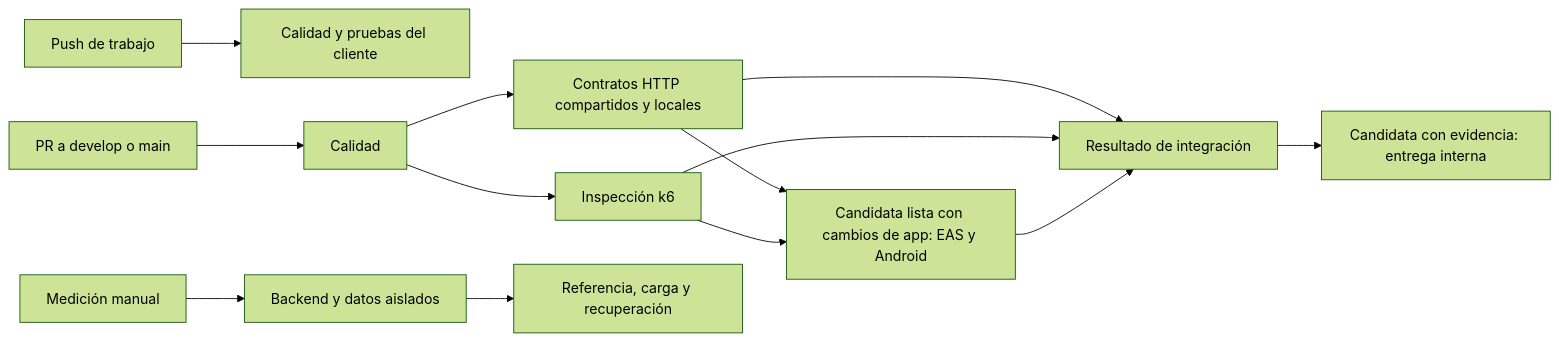
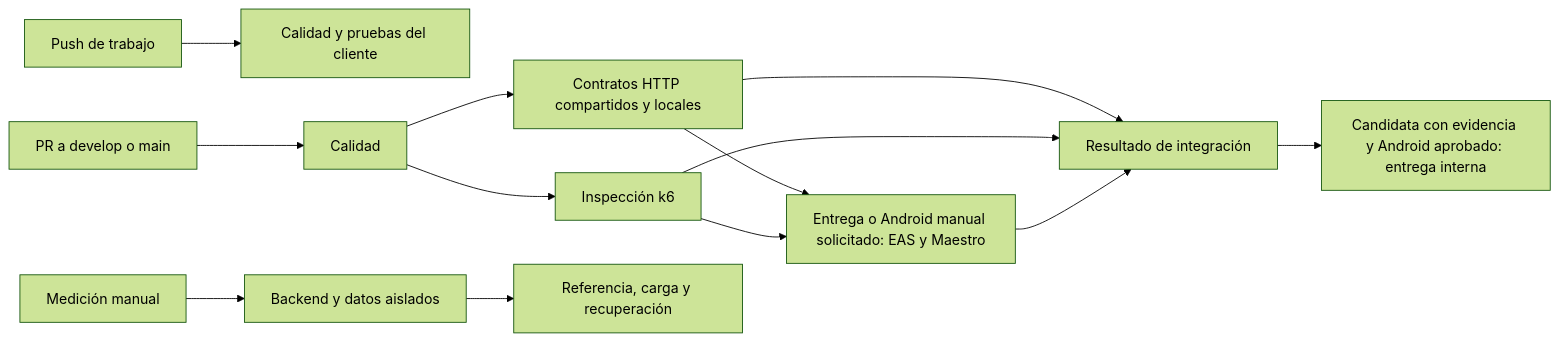
The diagram in README.md (Markadw/SportCenter-mobile), drawn with Mermaid (forest theme) before and after one commit. The commit also changed other lines of this file and 5 other files, not shown here.

````diff
--- a/README.md
+++ b/README.md
@@ -91,15 +94,15 @@
 ```mermaid
 flowchart LR
   A[Push de trabajo] --> B[Calidad y pruebas del cliente]
   C[PR a develop o main] --> D[Calidad]
   D --> E[Contratos HTTP compartidos y locales]
   D --> F[Inspección k6]
-  E --> G[Candidata lista con cambios de app: EAS y Android]
+  E --> G[Entrega o Android manual solicitado: EAS y Maestro]
   F --> G
   E --> H[Resultado de integración]
   F --> H
   G --> H
-  H --> I[Candidata con evidencia: entrega interna]
+  H --> I[Candidata con evidencia y Android aprobado: entrega interna]
   J[Medición manual] --> K[Backend y datos aislados]
   K --> L[Referencia, carga y recuperación]
 ```
````
